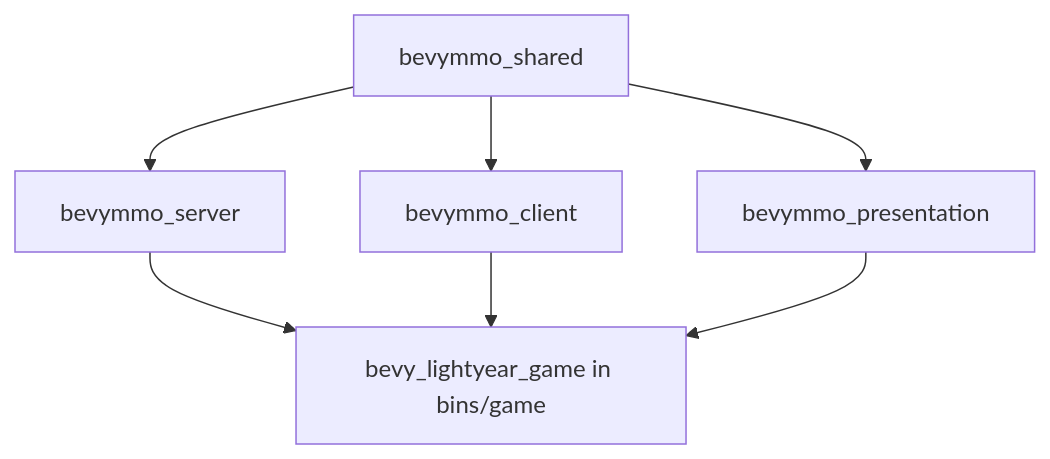
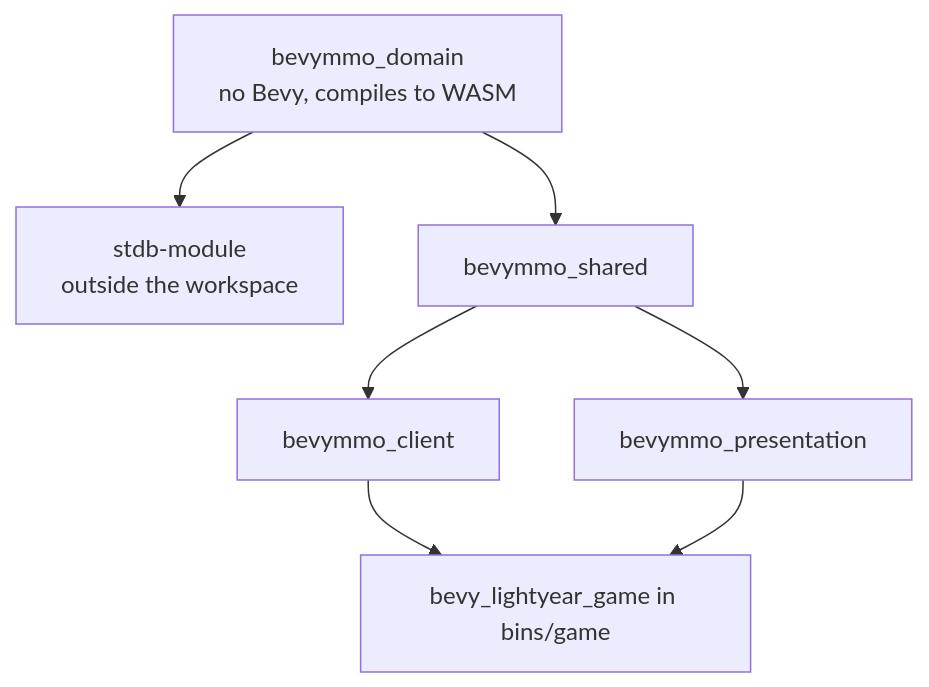
One commit to alessandrobrunoh/BevyMMO changed the diagram in docs/crates.md. Above: the diagram before and after it, drawn with Mermaid. The commit also changed other lines of this file and 381 other files, not shown here.

````diff
--- a/docs/crates.md
+++ b/docs/crates.md
@@ -7,15 +7,16 @@
 ```mermaid
 graph TD
+    domain[bevymmo_domain<br/>no Bevy, compiles to WASM]
+    module[stdb-module<br/>outside the workspace]
     shared[bevymmo_shared]
-    server[bevymmo_server]
     client[bevymmo_client]
     presentation[bevymmo_presentation]
     game[bevy_lightyear_game in bins/game]
 
-    shared --> server
+    domain --> module
+    domain --> shared
     shared --> client
     shared --> presentation
-    server --> game
     client --> game
     presentation --> game
 ```
````
